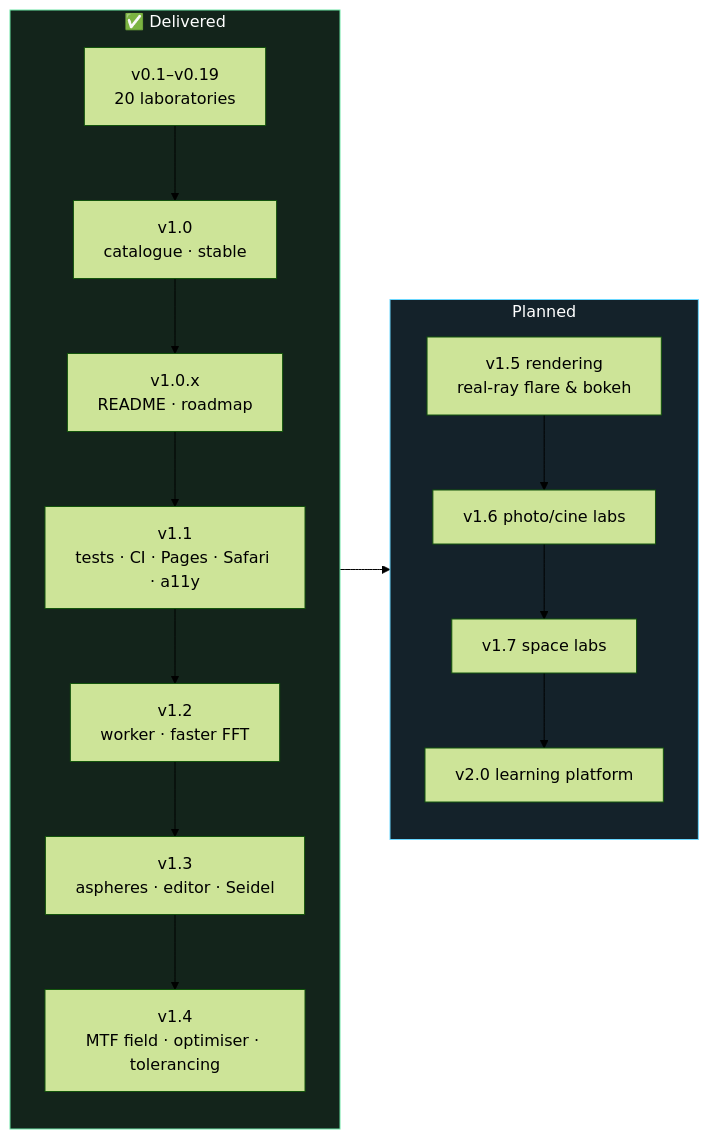
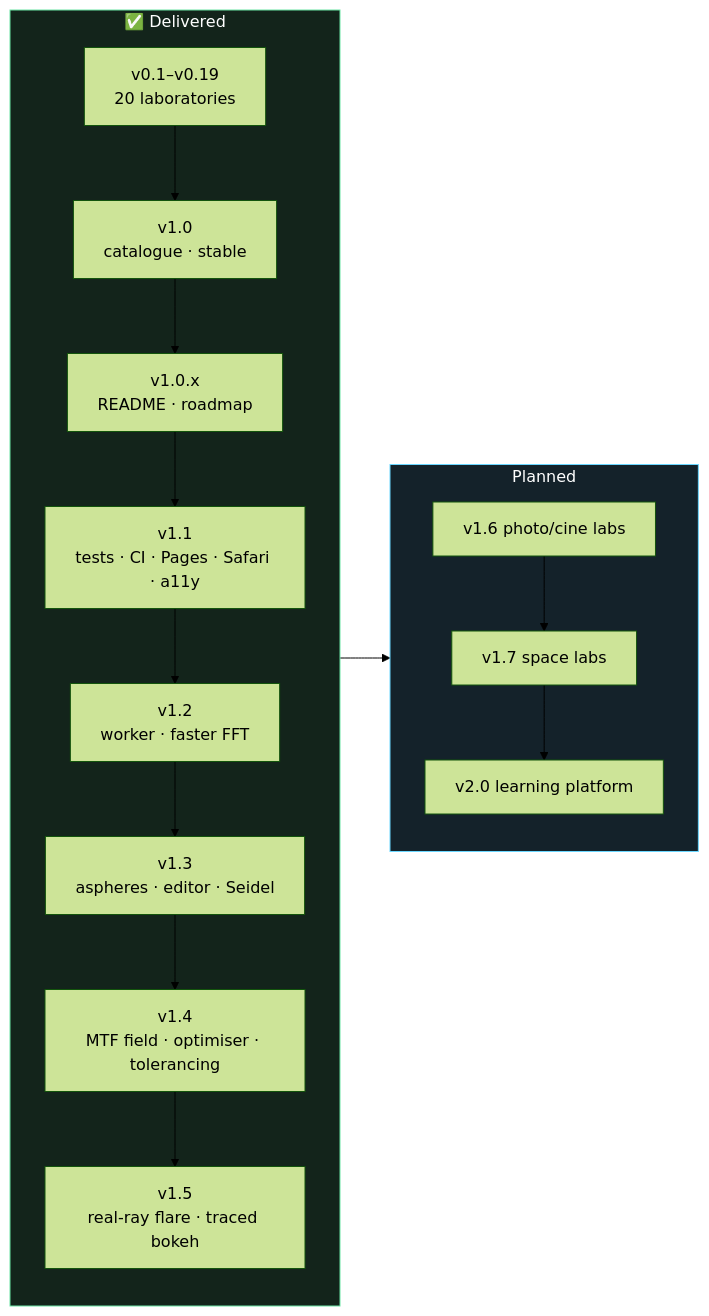
Before and after one commit to iiogurt/Optica_Viva: the diagram in ROADMAP.md, drawn with Mermaid (forest theme). The commit also changed other lines of this file and 3 other files, not shown here.

Commit message:
docs: complete the v1.5 milestone in the roadmap (#26)

````diff
--- a/ROADMAP.md
+++ b/ROADMAP.md
@@ -50,14 +50,14 @@
 ```mermaid
 flowchart LR
     subgraph Done["✅ Delivered"]
         direction TB
-        D0["v0.1–v0.19<br/>20 laboratories"] --> D1["v1.0<br/>catalogue · stable"] --> D2["v1.0.x<br/>README · roadmap"] --> D3["v1.1<br/>tests · CI · Pages · Safari · a11y"] --> D4["v1.2<br/>worker · faster FFT"] --> D5["v1.3<br/>aspheres · editor · Seidel"] --> D6["v1.4<br/>MTF field · optimiser · tolerancing"]
+        D0["v0.1–v0.19<br/>20 laboratories"] --> D1["v1.0<br/>catalogue · stable"] --> D2["v1.0.x<br/>README · roadmap"] --> D3["v1.1<br/>tests · CI · Pages · Safari · a11y"] --> D4["v1.2<br/>worker · faster FFT"] --> D5["v1.3<br/>aspheres · editor · Seidel"] --> D6["v1.4<br/>MTF field · optimiser · tolerancing"] --> D7["v1.5<br/>real-ray flare · traced bokeh"]
     end
     subgraph Next["Planned"]
         direction TB
-        N4["v1.5 rendering<br/>real-ray flare & bokeh"] --> N5["v1.6 photo/cine labs"] --> N6["v1.7 space labs"] --> N7["v2.0 learning platform"]
+        N5["v1.6 photo/cine labs"] --> N6["v1.7 space labs"] --> N7["v2.0 learning platform"]
     end
     Done --> Next
     style Done fill:#13241b,stroke:#6be3a4,color:#fff
     style Next fill:#14222a,stroke:#6ad7ff,color:#fff
 ```
````
